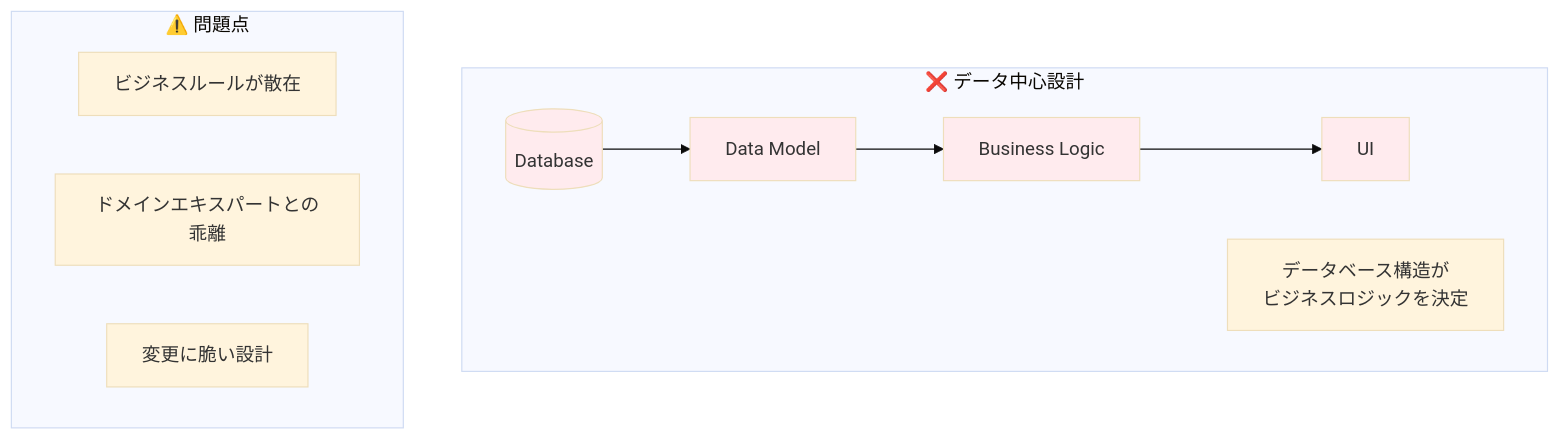
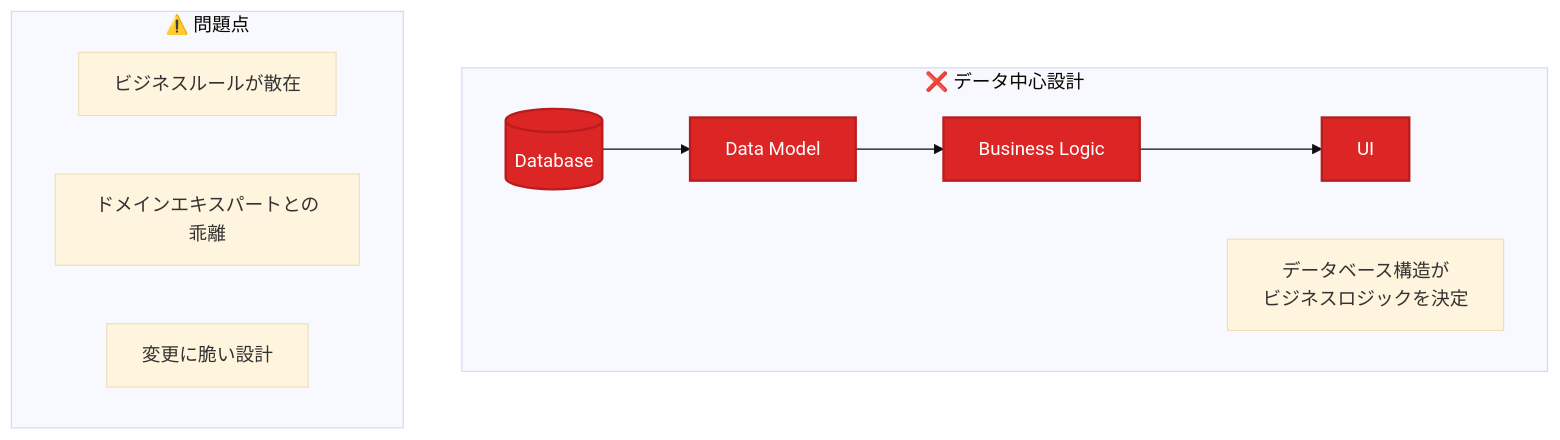
One commit to derushio/d-next-ddd-example changed the second of 9 diagrams in _DOCS/guides/ddd/concepts/domain-driven-design.md. Above: the diagram before and after it, drawn with Mermaid (base theme). The commit also changed other lines of this file and 31 other files, not shown here.

Commit message:
🎨: DOCSのMermaid図表カラーテーマを暗色に統一し視認性を向上

````diff
--- a/_DOCS/guides/ddd/concepts/domain-driven-design.md
+++ b/_DOCS/guides/ddd/concepts/domain-driven-design.md
@@ -43,21 +43,21 @@
 ```mermaid
 graph TD
     subgraph "❌ データ中心設計"
         DB1[(Database)] --> MODEL1[Data Model]
         MODEL1 --> SERVICE1[Business Logic]
         SERVICE1 --> UI1[UI]
         
         note1[データベース構造が<br/>ビジネスロジックを決定]
     end
     
     subgraph "⚠️ 問題点"
         PROB1[ビジネスルールが散在]
         PROB2[ドメインエキスパートとの乖離]
         PROB3[変更に脆い設計]
     end
     
-    style DB1 fill:#ffebee
-    style MODEL1 fill:#ffebee
-    style SERVICE1 fill:#ffebee
-    style UI1 fill:#ffebee
+    style DB1 fill:#dc2626,stroke:#b91c1c,stroke-width:2px,color:#ffffff fill:#dc2626,stroke:#b91c1c,stroke-width:2px,color:#ffffff
+    style MODEL1 fill:#dc2626,stroke:#b91c1c,stroke-width:2px,color:#ffffff fill:#dc2626,stroke:#b91c1c,stroke-width:2px,color:#ffffff
+    style SERVICE1 fill:#dc2626,stroke:#b91c1c,stroke-width:2px,color:#ffffff fill:#dc2626,stroke:#b91c1c,stroke-width:2px,color:#ffffff
+    style UI1 fill:#dc2626,stroke:#b91c1c,stroke-width:2px,color:#ffffff fill:#dc2626,stroke:#b91c1c,stroke-width:2px,color:#ffffff
 ```
````
